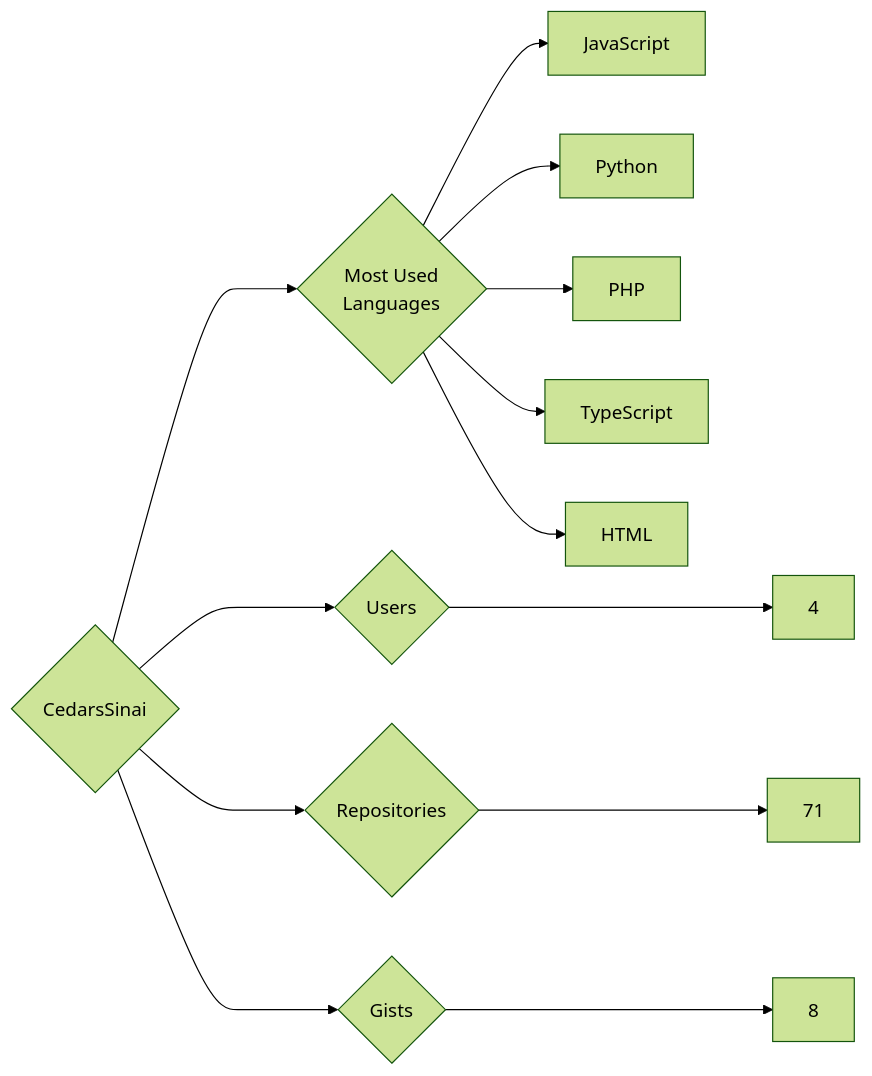
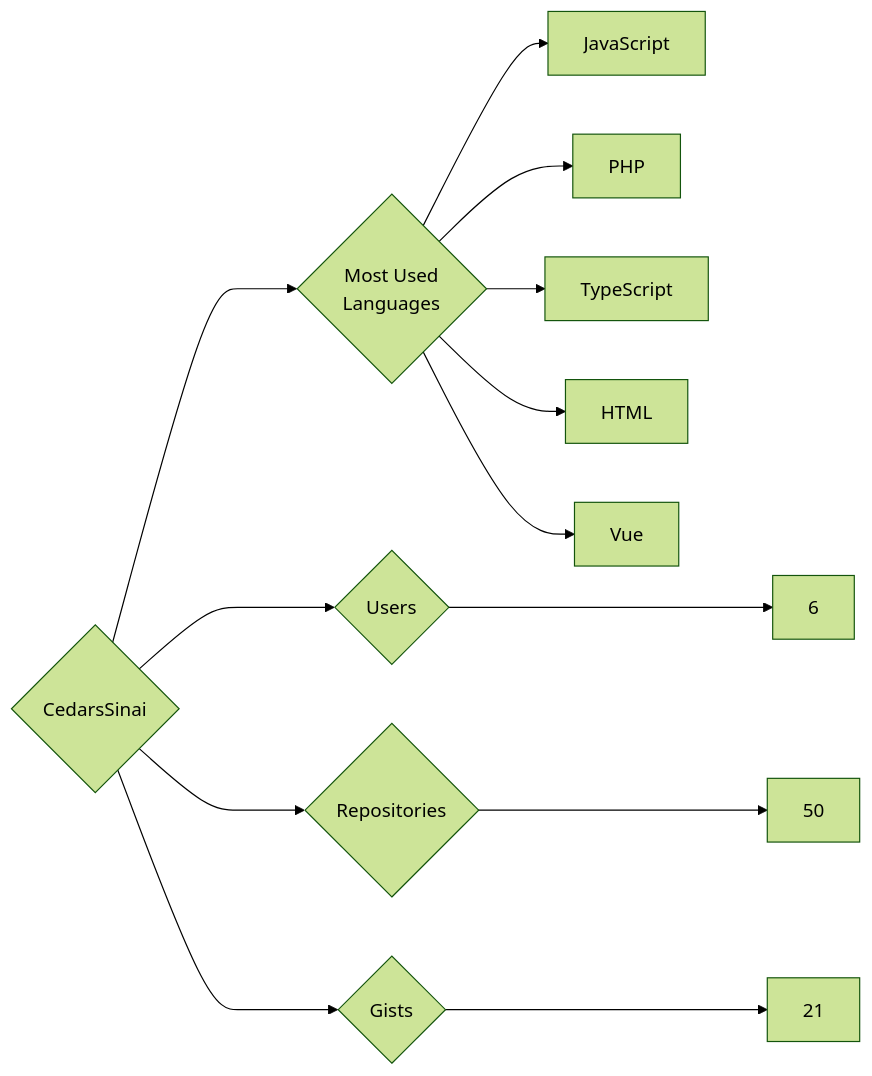
One commit to trickest/insiders changed the diagram in targets/CedarsSinai/README.md. Above: the diagram before and after it, drawn with Mermaid (forest theme). The commit also changed 1088 other files, not shown here.

````diff
--- a/targets/CedarsSinai/README.md
+++ b/targets/CedarsSinai/README.md
@@ -3,13 +3,13 @@
 ```mermaid
 graph LR
 COMPANY_NAME{CedarsSinai}
-COMPANY_NAME ---> U{Users} ---> UN[4]
-COMPANY_NAME ---> R{Repositories} ---> RN[71]
-COMPANY_NAME ---> G{Gists} ---> GN[8]
+COMPANY_NAME ---> U{Users} ---> UN[6]
+COMPANY_NAME ---> R{Repositories} ---> RN[50]
+COMPANY_NAME ---> G{Gists} ---> GN[21]
 COMPANY_NAME ---> ML{Most Used<br>Languages}
 ML --> JavaScript[JavaScript]
-ML --> Python[Python]
 ML --> PHP[PHP]
 ML --> TypeScript[TypeScript]
 ML --> HTML[HTML]
+ML --> Vue[Vue]
 ```
````
